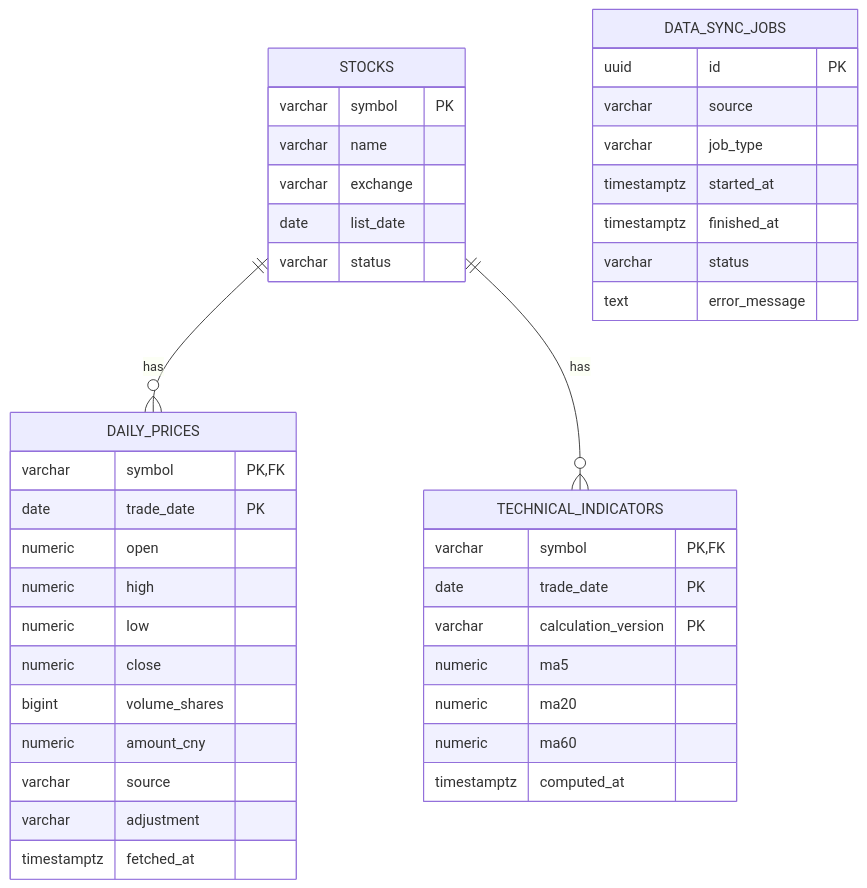
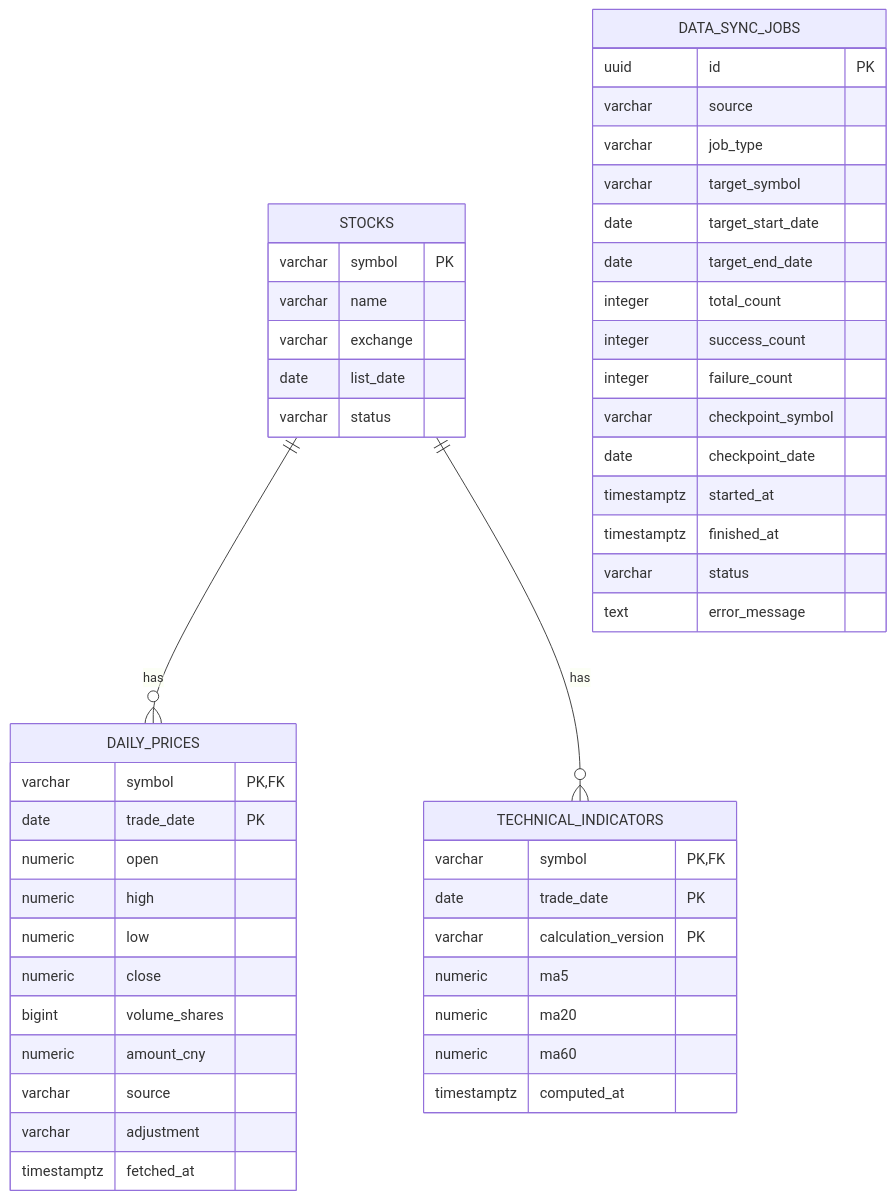
One commit to crazychen0530/StockInsight changed the fourth of 4 diagrams in docs/architecture.md. Above: the diagram before and after it, drawn with Mermaid. The commit also changed other lines of this file and 18 other files, not shown here.

Commit message:
feat: add initial PostgreSQL schema

````diff
--- a/docs/architecture.md
+++ b/docs/architecture.md
@@ -120,44 +120,52 @@
 ```mermaid
 erDiagram
     STOCKS ||--o{ DAILY_PRICES : has
     STOCKS ||--o{ TECHNICAL_INDICATORS : has
 
     STOCKS {
         varchar symbol PK
         varchar name
         varchar exchange
         date list_date
         varchar status
     }
     DAILY_PRICES {
         varchar symbol PK, FK
         date trade_date PK
         numeric open
         numeric high
         numeric low
         numeric close
         bigint volume_shares
         numeric amount_cny
         varchar source
         varchar adjustment
         timestamptz fetched_at
     }
     TECHNICAL_INDICATORS {
         varchar symbol PK, FK
         date trade_date PK
         varchar calculation_version PK
         numeric ma5
         numeric ma20
         numeric ma60
         timestamptz computed_at
     }
     DATA_SYNC_JOBS {
         uuid id PK
         varchar source
         varchar job_type
+        varchar target_symbol
+        date target_start_date
+        date target_end_date
+        integer total_count
+        integer success_count
+        integer failure_count
+        varchar checkpoint_symbol
+        date checkpoint_date
         timestamptz started_at
         timestamptz finished_at
         varchar status
         text error_message
     }
 ```
````
